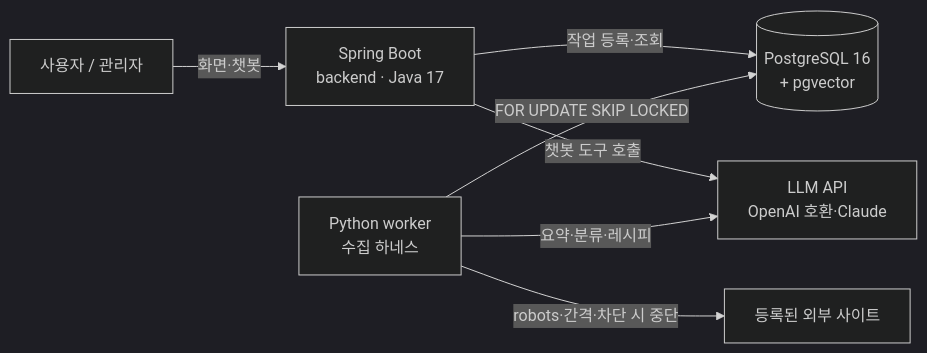
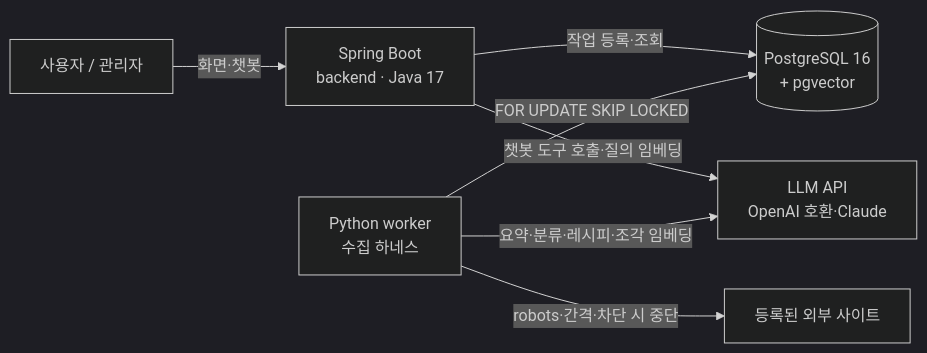
Before and after one commit to lala9663/sensing-hub: the first of 2 diagrams in README.md, drawn with Mermaid (dark theme). The commit also changed other lines of this file and 28 other files, not shown here.

````diff
--- a/README.md
+++ b/README.md
@@ -11,9 +11,9 @@
 ```mermaid
 flowchart LR
     U[사용자 / 관리자] -->|화면·챗봇| B[Spring Boot<br/>backend · Java 17]
     B -->|작업 등록·조회| DB[(PostgreSQL 16<br/>+ pgvector)]
     W[Python worker<br/>수집 하네스] -->|FOR UPDATE SKIP LOCKED| DB
     W -->|robots·간격·차단 시 중단| S[등록된 외부 사이트]
-    B -->|챗봇 도구 호출| L[LLM API<br/>OpenAI 호환·Claude]
-    W -->|요약·분류·레시피| L
+    B -->|챗봇 도구 호출·질의 임베딩| L[LLM API<br/>OpenAI 호환·Claude]
+    W -->|요약·분류·레시피·조각 임베딩| L
 ```
````
